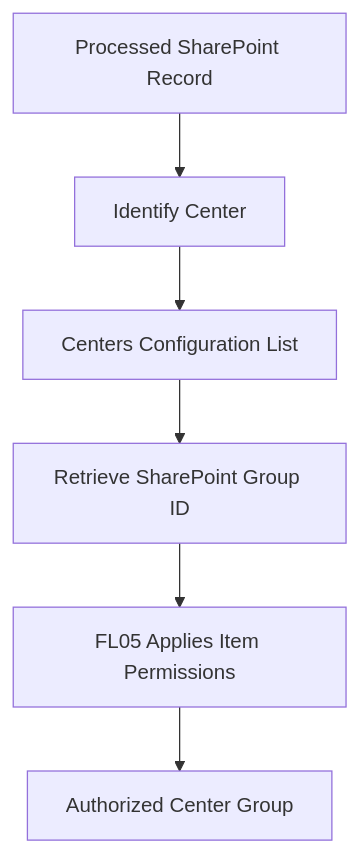
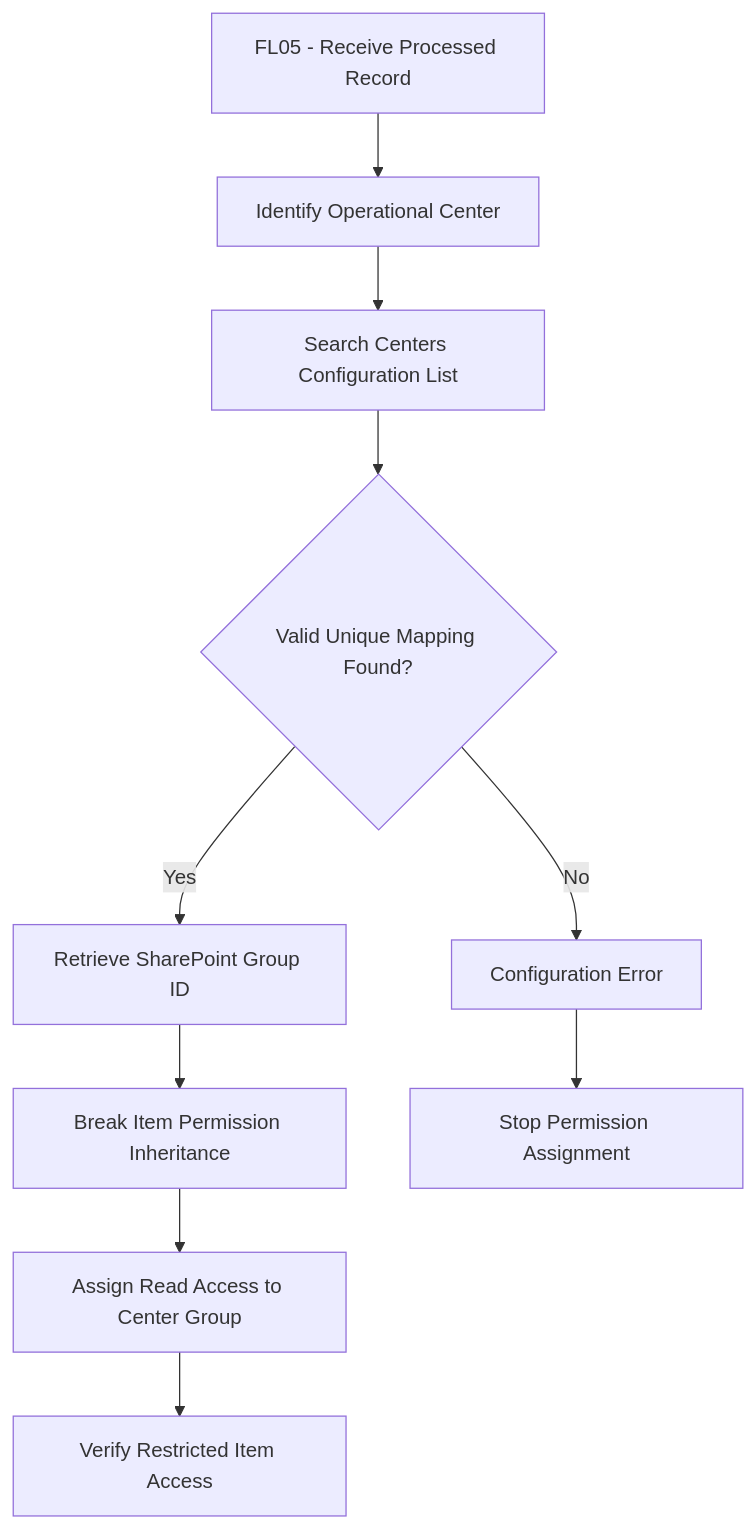
One commit to smartinmunoz/power-platform-portfolio changed the diagram in Power-Automate/SharePoint-Excel-Automation/Sharepoint/lists/centers-configuration.md. Above: the diagram before and after it, drawn with Mermaid. The commit also changed other lines of this file, not shown here.

Commit message:
docs: improve FL05 permission assignment diagram
Updated the permission assignment diagram to reflect changes in the process and added clarifications regarding the workflow and error handling.

````diff
--- a/Power-Automate/SharePoint-Excel-Automation/Sharepoint/lists/centers-configuration.md
+++ b/Power-Automate/SharePoint-Excel-Automation/Sharepoint/lists/centers-configuration.md
@@ -127,8 +128,23 @@
 ```mermaid
 flowchart TD
-    A[Processed SharePoint Record] --> B[Identify Center]
-    B --> C[Centers Configuration List]
-    C --> D[Retrieve SharePoint Group ID]
-    D --> E[FL05 Applies Item Permissions]
-    E --> F[Authorized Center Group]
+    A[FL05 - Receive Processed Record]
+    B[Identify Operational Center]
+    C[Search Centers Configuration List]
+    D{Valid Unique Mapping Found?}
+    E[Retrieve SharePoint Group ID]
+    F[Break Item Permission Inheritance]
+    G[Assign Read Access to Center Group]
+    H[Verify Restricted Item Access]
+    I[Configuration Error]
+    J[Stop Permission Assignment]
+
+    A --> B
+    B --> C
+    C --> D
+    D -->|Yes| E
+    D -->|No| I
+    E --> F
+    F --> G
+    G --> H
+    I --> J
 ```
````
